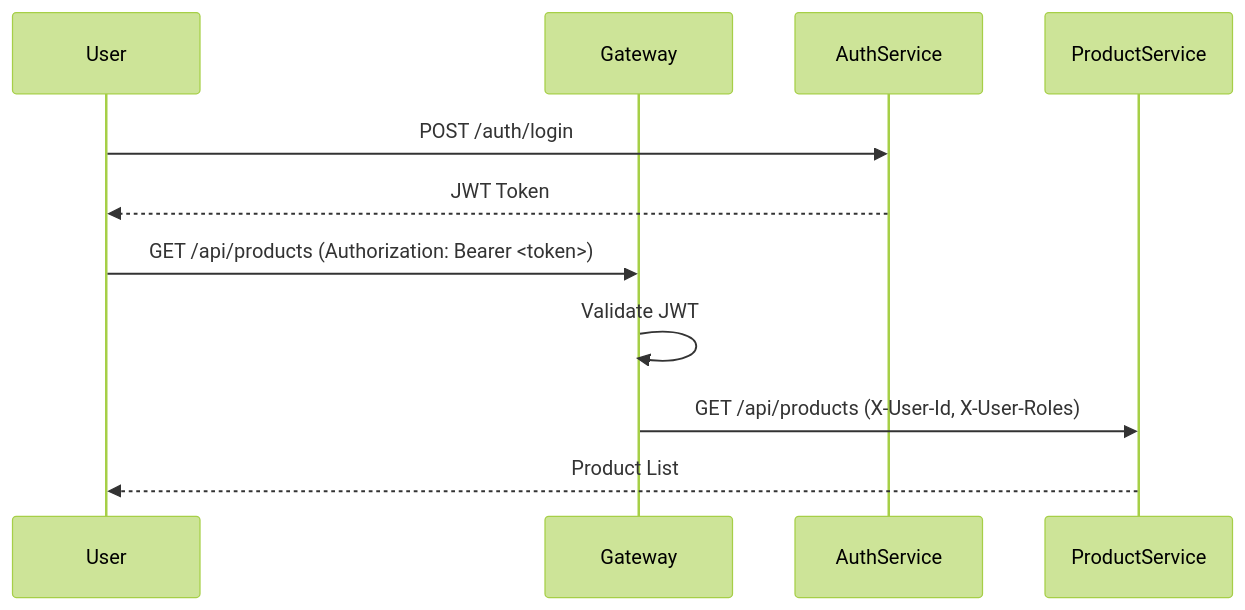
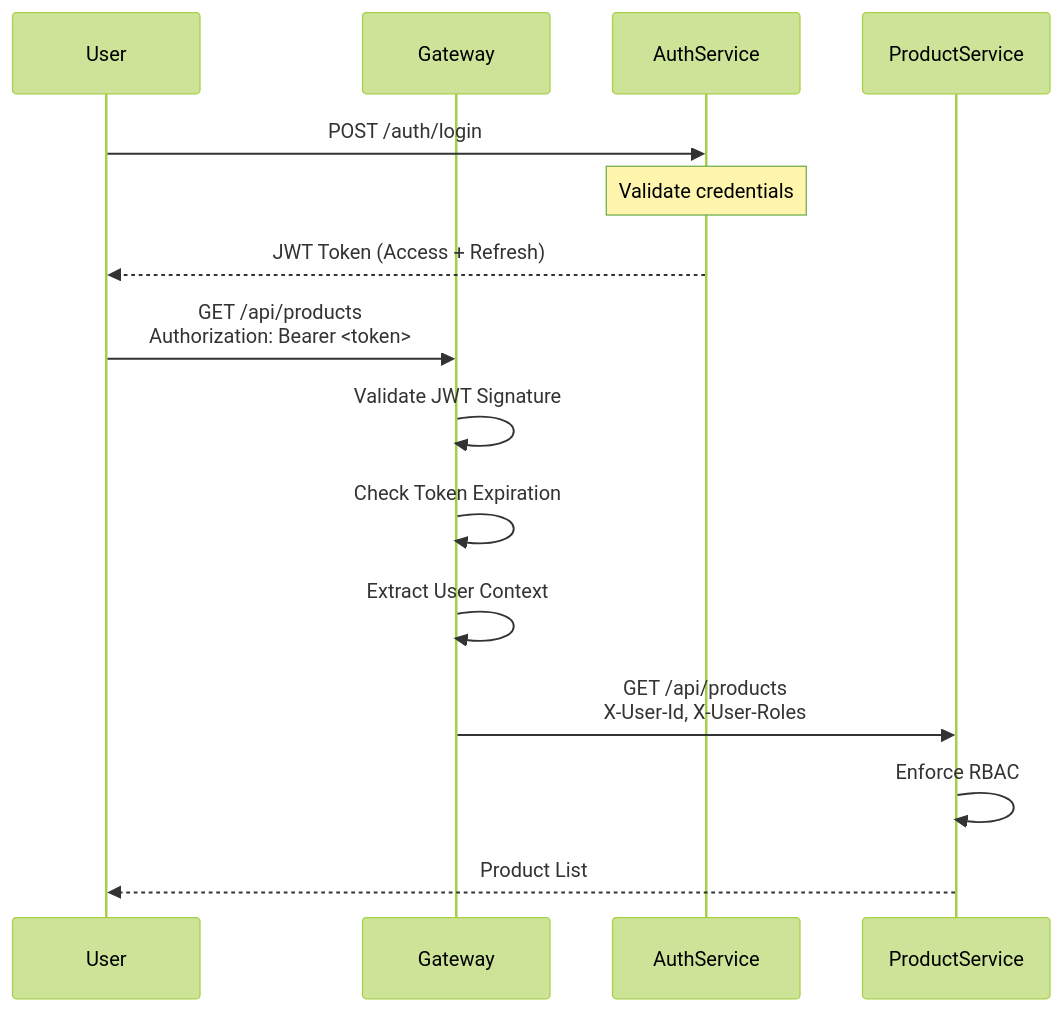
The first of 2 diagrams in docs/SECURITY.md (codevuichamcom/ecommerce-backend), drawn with Mermaid (forest theme) before and after one commit. The commit also changed other lines of this file and 29 other files, not shown here.

````diff
--- a/docs/SECURITY.md
+++ b/docs/SECURITY.md
@@ -15,14 +68,19 @@
 ```mermaid
 sequenceDiagram
     participant User
     participant Gateway
     participant AuthService
     participant ProductService
 
     User->>AuthService: POST /auth/login
-    AuthService-->>User: JWT Token
-    User->>Gateway: GET /api/products (Authorization: Bearer <token>)
-    Gateway->>Gateway: Validate JWT
-    Gateway->>ProductService: GET /api/products (X-User-Id, X-User-Roles)
+    Note over AuthService: Validate credentials
+    AuthService-->>User: JWT Token (Access + Refresh)
+    
+    User->>Gateway: GET /api/products<br/>Authorization: Bearer <token>
+    Gateway->>Gateway: Validate JWT Signature
+    Gateway->>Gateway: Check Token Expiration
+    Gateway->>Gateway: Extract User Context
+    Gateway->>ProductService: GET /api/products<br/>X-User-Id, X-User-Roles
+    ProductService->>ProductService: Enforce RBAC
     ProductService-->>User: Product List
 ```
````
